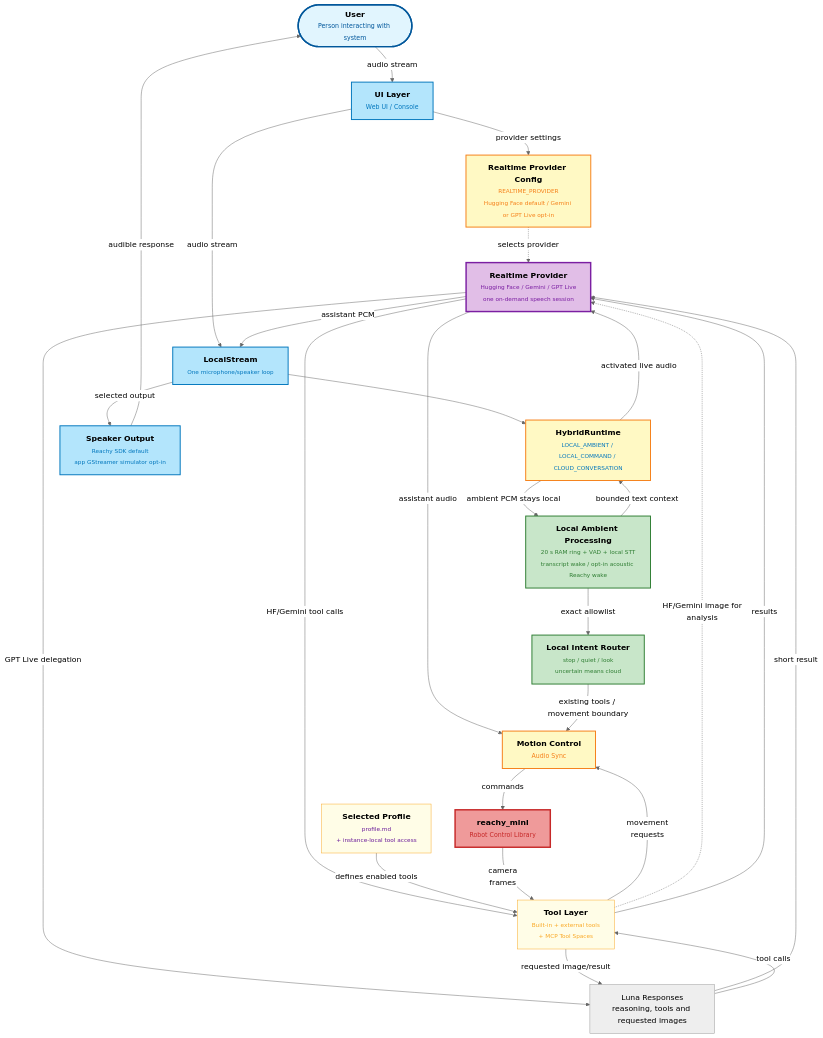
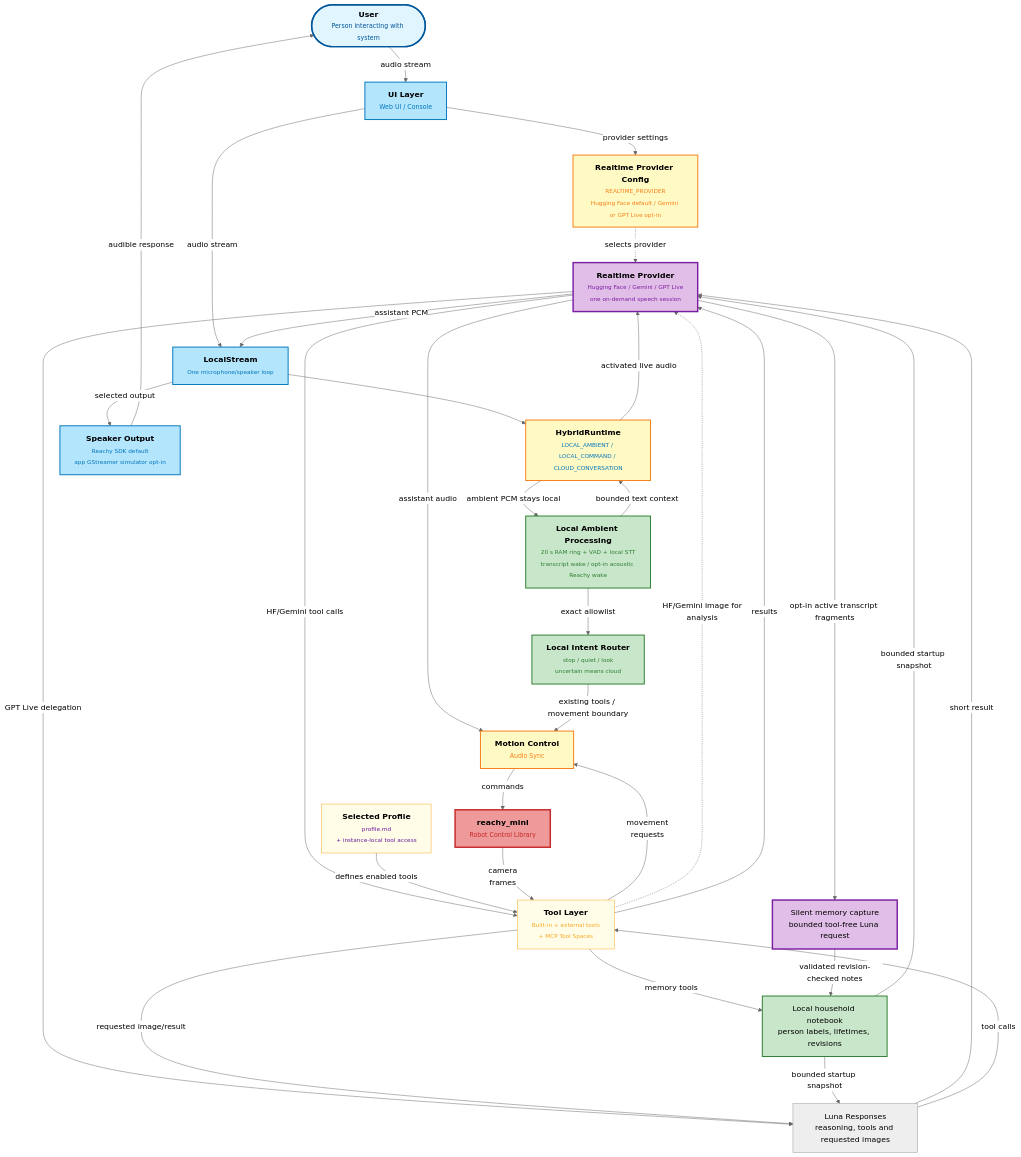
One commit to eduardoyi/reachy_mini_conversation_app changed the diagram in docs/scheme.mmd. Above: the diagram before and after it, drawn with Mermaid (neutral theme). The commit also changed 36 other files, not shown here.

Commit message:
feat: add household memory capture and lifecycle controls

```diff
--- a/docs/scheme.mmd
+++ b/docs/scheme.mmd
@@ -1,89 +1,97 @@
 ---
 config:
   layout: dagre
   flowchart:
     htmlLabels: true
 ---
 flowchart TB
     User(["<span style='font-size:16px;font-weight:bold;'>User</span><br><span style='font-size:13px;color:#01579b;'>Person interacting with system</span>"])
       -- audio stream -->
     UI@{ label: "<span style='font-size:16px;font-weight:bold;'>UI Layer</span><br><span style='font-size:13px;color:#0277bd;'>Web UI / Console</span>" }
 
     Config@{ label: "<span style='font-size:16px;font-weight:bold;'>Realtime Provider Config</span><br><span style='font-size:12px;color:#f57f17;'>REALTIME_PROVIDER<br/>Hugging Face default / Gemini or GPT Live opt-in</span>" }
 
     UI -- provider settings -->
     Config
 
     UI -- audio stream -->
     Stream@{ label: "<span style='font-size:16px;font-weight:bold;'>LocalStream</span><br><span style='font-size:12px;color:#0277bd;'>One microphone/speaker loop</span>" }
 
     Stream --> Hybrid@{ label: "<span style='font-size:16px;font-weight:bold;'>HybridRuntime</span><br><span style='font-size:12px;color:#0277bd;'>LOCAL_AMBIENT / LOCAL_COMMAND / CLOUD_CONVERSATION</span>" }
 
     Hybrid -- ambient PCM stays local --> LocalAudio@{ label: "<span style='font-size:16px;font-weight:bold;'>Local Ambient Processing</span><br><span style='font-size:12px;color:#2e7d32;'>20 s RAM ring + VAD + local STT<br/>transcript wake / opt-in acoustic Reachy wake</span>" }
 
     LocalAudio -- exact allowlist --> LocalActions@{ label: "<span style='font-size:16px;font-weight:bold;'>Local Intent Router</span><br><span style='font-size:12px;color:#2e7d32;'>stop / quiet / look<br/>uncertain means cloud</span>" }
 
     LocalAudio -- bounded text context --> Hybrid
 
     Hybrid -- activated live audio --> Backend@{ label: "<span style='font-size:16px;font-weight:bold;'>Realtime Provider</span><br><span style='font-size:12px; color:#7b1fa2;'>Hugging Face / Gemini / GPT Live<br/>one on-demand speech session</span>" }
 
     Config -. selects provider .-> Backend
 
     Backend -- assistant audio -->
     Motion@{ label: "<span style='font-size:16px;font-weight:bold;'>Motion Control</span><br><span style='font-size:13px;color:#f57f17;'>Audio Sync</span>" }
 
     Backend -- assistant PCM --> Stream
 
     Stream -- selected output -->
     Speaker@{ label: "<span style='font-size:16px;font-weight:bold;'>Speaker Output</span><br><span style='font-size:12px;color:#0277bd;'>Reachy SDK default<br/>app GStreamer simulator opt-in</span>" }
 
     Speaker -- audible response --> User
 
     Backend -- GPT Live delegation --> Luna["Luna Responses<br/>reasoning, tools and requested images"]
     Luna -- short result --> Backend
     Luna -- tool calls --> Handlers
     Handlers -- requested image/result --> Luna
 
     Backend -- HF/Gemini tool calls -->
     Handlers@{ label: "<span style='font-size:16px;font-weight:bold;'>Tool Layer</span><br><span style='font-size:12px;color:#f9a825;'>Built-in + external tools<br/>+ MCP Tool Spaces</span>" }
 
     Profiles@{ label: "<span style='font-size:16px;font-weight:bold;'>Selected Profile</span><br><span style='font-size:12px;color:#6a1b9a;'>profile.md<br/>+ instance-local tool access</span>" }
 
     Profiles -- defines enabled tools --> Handlers
 
+    Handlers -- memory tools --> Memory["Local household notebook<br/>person labels, lifetimes, revisions"]
+    Memory -- bounded startup snapshot --> Backend
+    Memory -- bounded startup snapshot --> Luna
+    Backend -- opt-in active transcript fragments --> Capture["Silent memory capture<br/>bounded tool-free Luna request"]
+    Capture -- validated revision-checked notes --> Memory
+
     Handlers -- movement
     requests --> Motion
 
     LocalActions -- existing tools / movement boundary --> Motion
 
     Handlers -. HF/Gemini image for
     analysis .-> Backend
 
     Robot@{ label: "<span style='font-size:16px;font-weight:bold;'>reachy_mini</span><br><span style='font-size:13px;color:#c62828;'>Robot Control Library</span>" }
     -- camera
     frames --> Handlers
 
     Motion -- commands --> Robot
 
     Handlers -- results --> Backend
 
      User:::userStyle
      UI:::uiStyle
      Config:::coreStyle
      Stream:::uiStyle
      Hybrid:::coreStyle
      LocalAudio:::localStyle
      LocalActions:::localStyle
      Backend:::aiStyle
      Motion:::coreStyle
      Speaker:::uiStyle
      Profiles:::toolStyle
      Handlers:::toolStyle
+     Memory:::localStyle
+     Capture:::aiStyle
      Robot:::hardwareStyle
     classDef userStyle fill:#e1f5fe,stroke:#01579b,stroke-width:3px
     classDef uiStyle fill:#b3e5fc,stroke:#0277bd,stroke-width:2px
     classDef aiStyle fill:#e1bee7,stroke:#7b1fa2,stroke-width:3px
     classDef coreStyle fill:#fff9c4,stroke:#f57f17,stroke-width:2px
     classDef localStyle fill:#c8e6c9,stroke:#2e7d32,stroke-width:2px
     classDef hardwareStyle fill:#ef9a9a,stroke:#c62828,stroke-width:3px
     classDef toolStyle fill:#fffde7,stroke:#f9a825,stroke-width:1px
```
